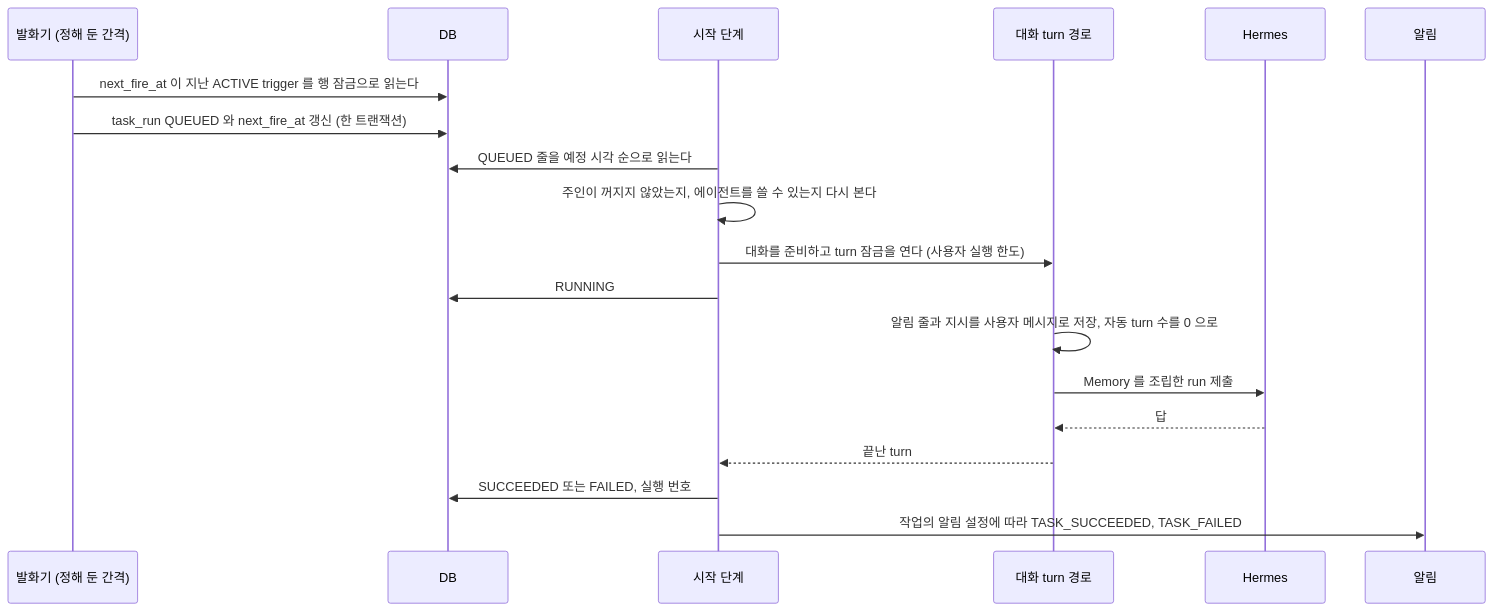
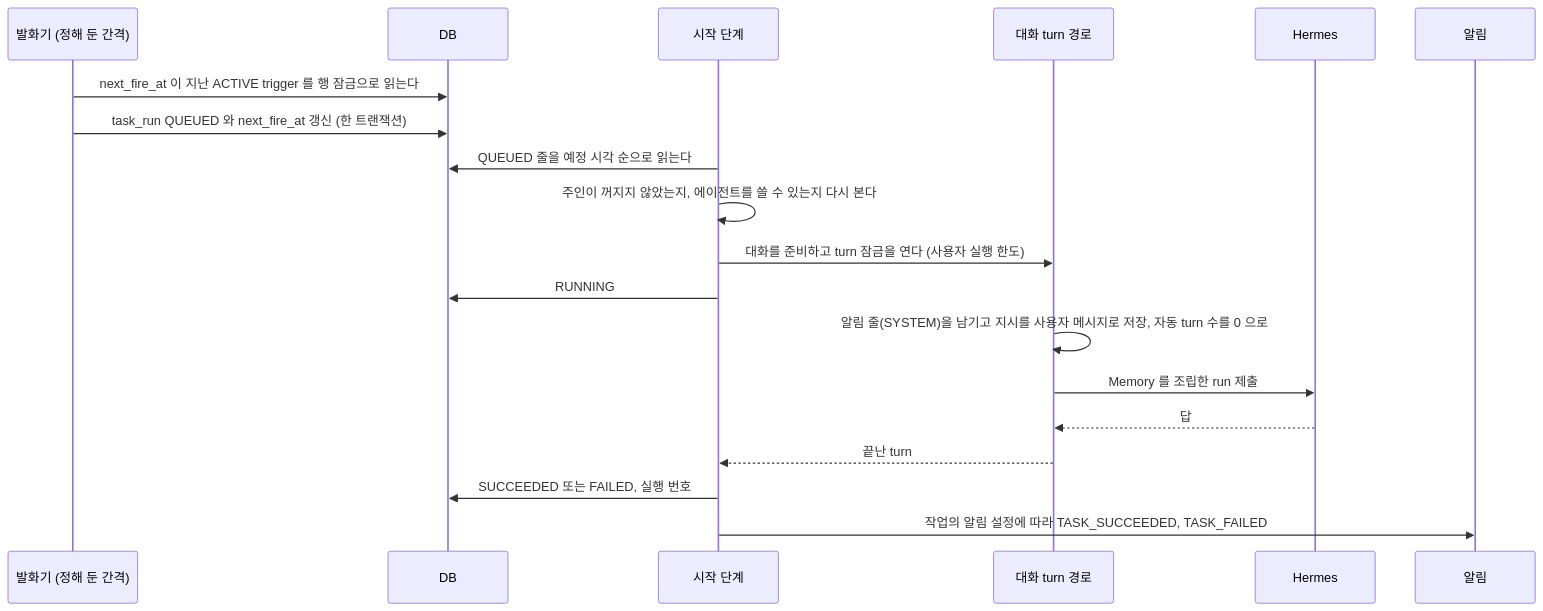
The diagram in docs/backend/task.md (jon890/fos-assistant), drawn with Mermaid before and after one commit. The commit also changed other lines of this file and 1 other file, not shown here.

````diff
--- a/docs/backend/task.md
+++ b/docs/backend/task.md
@@ -49,22 +49,22 @@
 ```mermaid
 sequenceDiagram
     participant T as 발화기 (정해 둔 간격)
     participant DB as DB
     participant S as 시작 단계
     participant C as 대화 turn 경로
     participant H as Hermes
     participant N as 알림
 
     T->>DB: next_fire_at 이 지난 ACTIVE trigger 를 행 잠금으로 읽는다
     T->>DB: task_run QUEUED 와 next_fire_at 갱신 (한 트랜잭션)
     S->>DB: QUEUED 줄을 예정 시각 순으로 읽는다
     S->>S: 주인이 꺼지지 않았는지, 에이전트를 쓸 수 있는지 다시 본다
     S->>C: 대화를 준비하고 turn 잠금을 연다 (사용자 실행 한도)
     S->>DB: RUNNING
-    C->>C: 알림 줄과 지시를 사용자 메시지로 저장, 자동 turn 수를 0 으로
+    C->>C: 알림 줄(SYSTEM)을 남기고 지시를 사용자 메시지로 저장, 자동 turn 수를 0 으로
     C->>H: Memory 를 조립한 run 제출
     H-->>C: 답
     C-->>S: 끝난 turn
     S->>DB: SUCCEEDED 또는 FAILED, 실행 번호
     S->>N: 작업의 알림 설정에 따라 TASK_SUCCEEDED, TASK_FAILED
 ```
````
